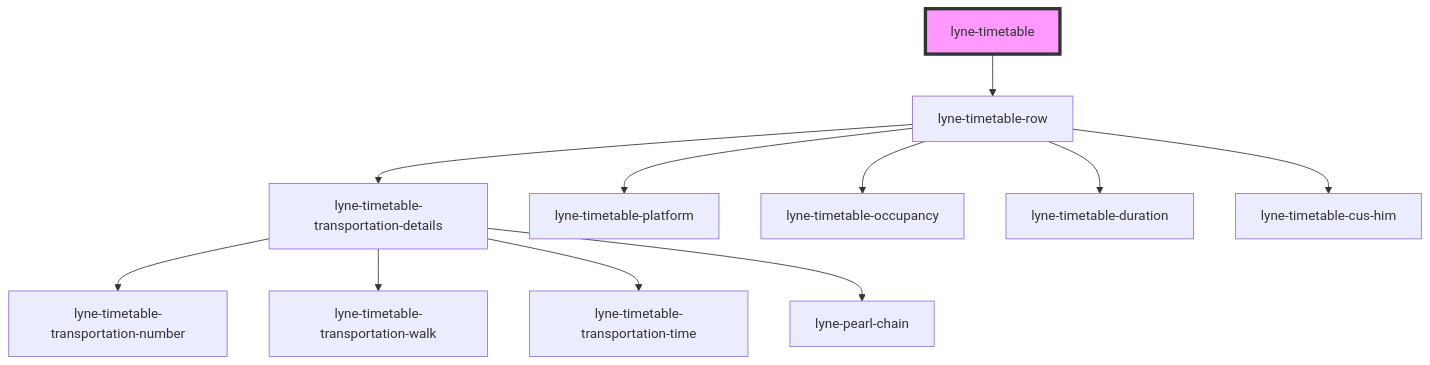
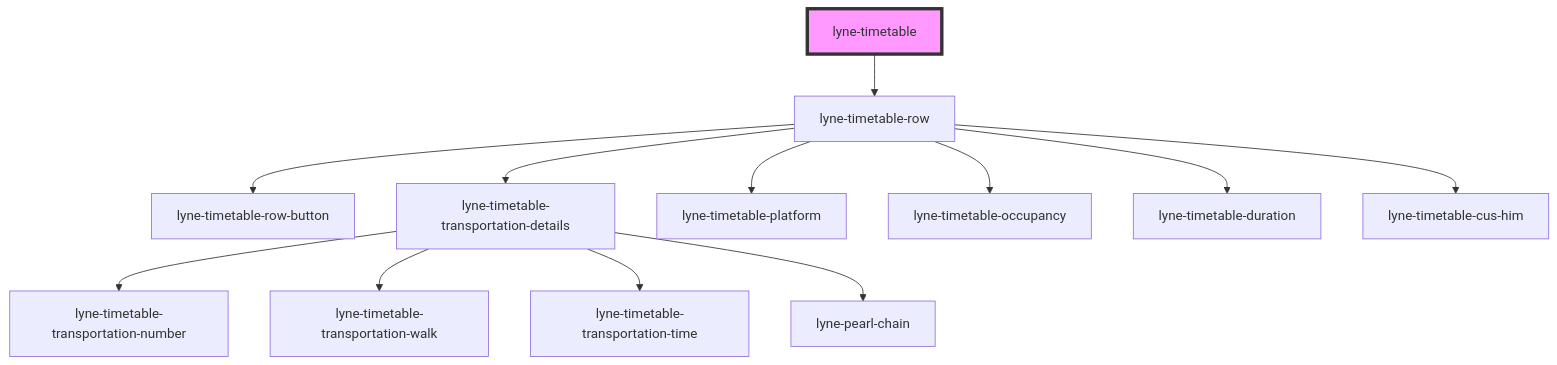
Before and after one commit to sbb-design-systems/lyne-components: the diagram in src/components/lyne-timetable/readme.md, drawn with Mermaid. The commit also changed 16 other files, not shown here.

Commit message:
feat: adding lyne-timetable-row-button module

````diff
--- a/src/components/lyne-timetable/readme.md
+++ b/src/components/lyne-timetable/readme.md
@@ -22,14 +22,15 @@
 ```mermaid
 graph TD;
   lyne-timetable --> lyne-timetable-row
+  lyne-timetable-row --> lyne-timetable-row-button
   lyne-timetable-row --> lyne-timetable-transportation-details
   lyne-timetable-row --> lyne-timetable-platform
   lyne-timetable-row --> lyne-timetable-occupancy
   lyne-timetable-row --> lyne-timetable-duration
   lyne-timetable-row --> lyne-timetable-cus-him
   lyne-timetable-transportation-details --> lyne-timetable-transportation-number
   lyne-timetable-transportation-details --> lyne-timetable-transportation-walk
   lyne-timetable-transportation-details --> lyne-timetable-transportation-time
   lyne-timetable-transportation-details --> lyne-pearl-chain
   style lyne-timetable fill:#f9f,stroke:#333,stroke-width:4px
 ```
````
